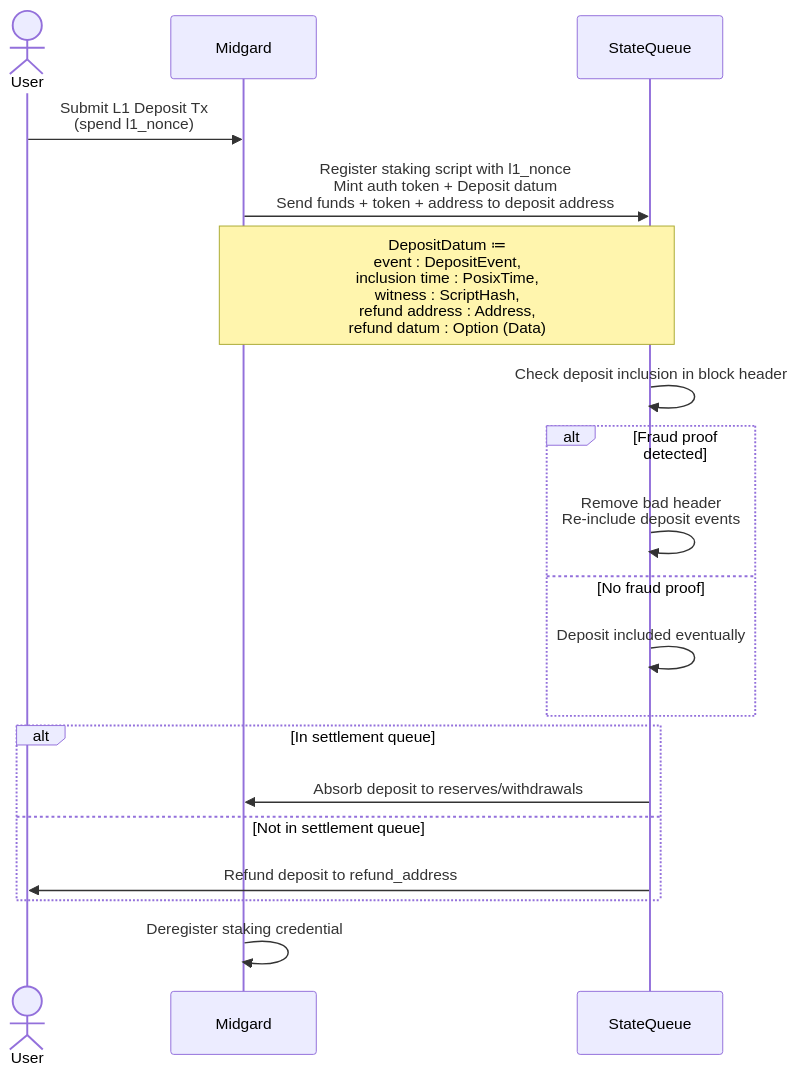
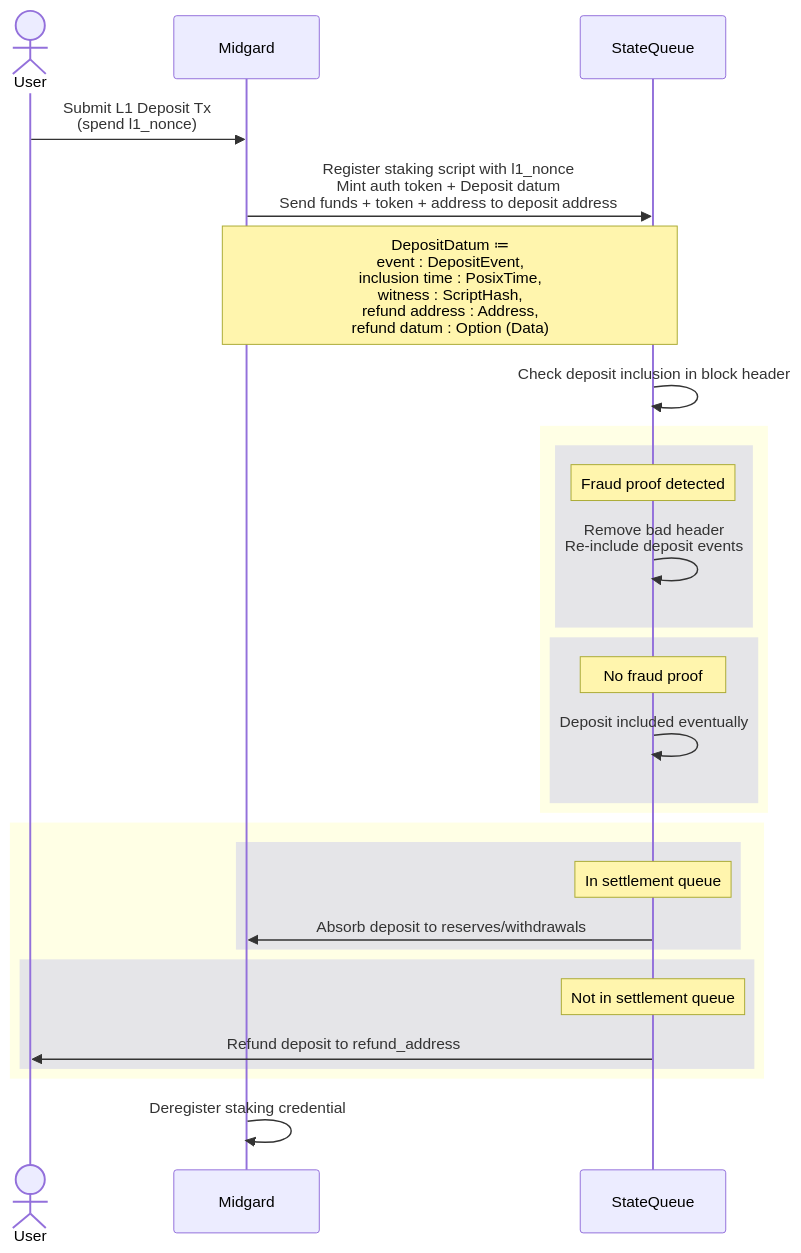
The diagram in demo/schemes/L1_deposit_scenario.md (sundial-protocol/sundial-monorepo), drawn with Mermaid before and after one commit.

Commit message:
Change alt block to colored rectangles

````diff
--- a/demo/schemes/L1_deposit_scenario.md
+++ b/demo/schemes/L1_deposit_scenario.md
@@ -1,23 +1,39 @@
 ```mermaid
 
 sequenceDiagram
 
   Actor User
   participant Midgard
   participant StateQueue
   User ->> Midgard: Submit L1 Deposit Tx<br>(spend l1_nonce)
   Midgard ->> StateQueue: Register staking script with l1_nonce<br>Mint auth token + Deposit datum<br>Send funds + token + address to deposit address
   Note over Midgard,StateQueue: DepositDatum ≔<br>event : DepositEvent,<br>inclusion time : PosixTime,<br>witness : ScriptHash,<br>refund address : Address,<br>refund datum : Option (Data)
   StateQueue ->> StateQueue: Check deposit inclusion in block header
-  alt Fraud proof detected
-    StateQueue ->> StateQueue: Remove bad header<br>Re-include deposit events
-  else No fraud proof
-    StateQueue ->> StateQueue: Deposit included eventually
+
+  rect rgba(255, 255, 0, .1)
+  rect rgba(0, 0, 255, .1)
+  Note over StateQueue: Fraud proof detected
+  StateQueue ->> StateQueue: Remove bad header<br>Re-include deposit events
   end
-  alt In settlement queue
-    StateQueue ->> Midgard: Absorb deposit to reserves/withdrawals
-  else Not in settlement queue
-    StateQueue ->> User: Refund deposit to refund_address
+
+  rect rgba(0, 0, 255, .1)
+  Note over StateQueue: No fraud proof
+  StateQueue ->> StateQueue: Deposit included eventually
   end
+  end
+
+  rect rgba(255, 255, 0, .1)
+  rect rgba(0, 0, 255, .1)
+  Note over StateQueue: In settlement queue
+  StateQueue ->> Midgard: Absorb deposit to reserves/withdrawals
+  end
+
+  rect rgba(0, 0, 255, .1)
+  Note over StateQueue: Not in settlement queue
+  StateQueue ->> User: Refund deposit to refund_address
+  end
+  end
+
   Midgard ->> Midgard: Deregister staking credential
+
 ```
````
